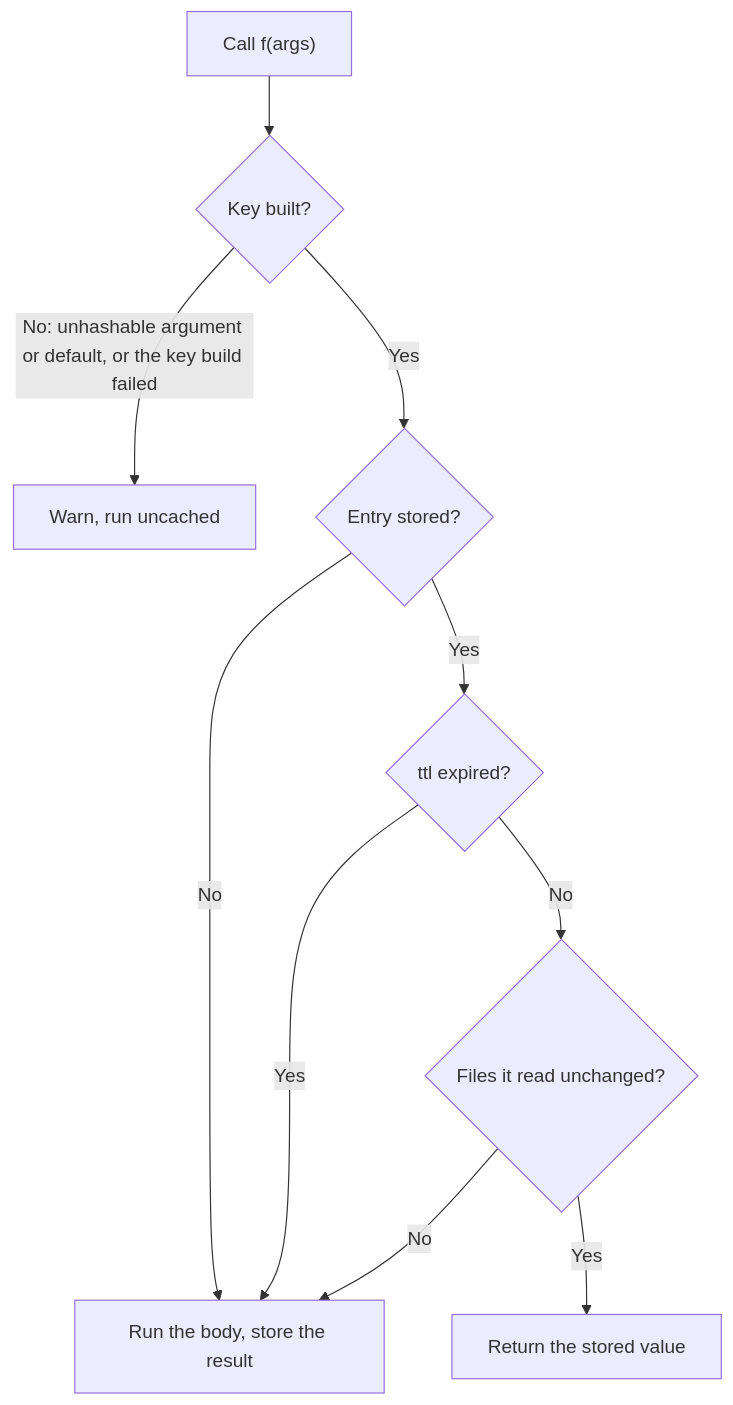
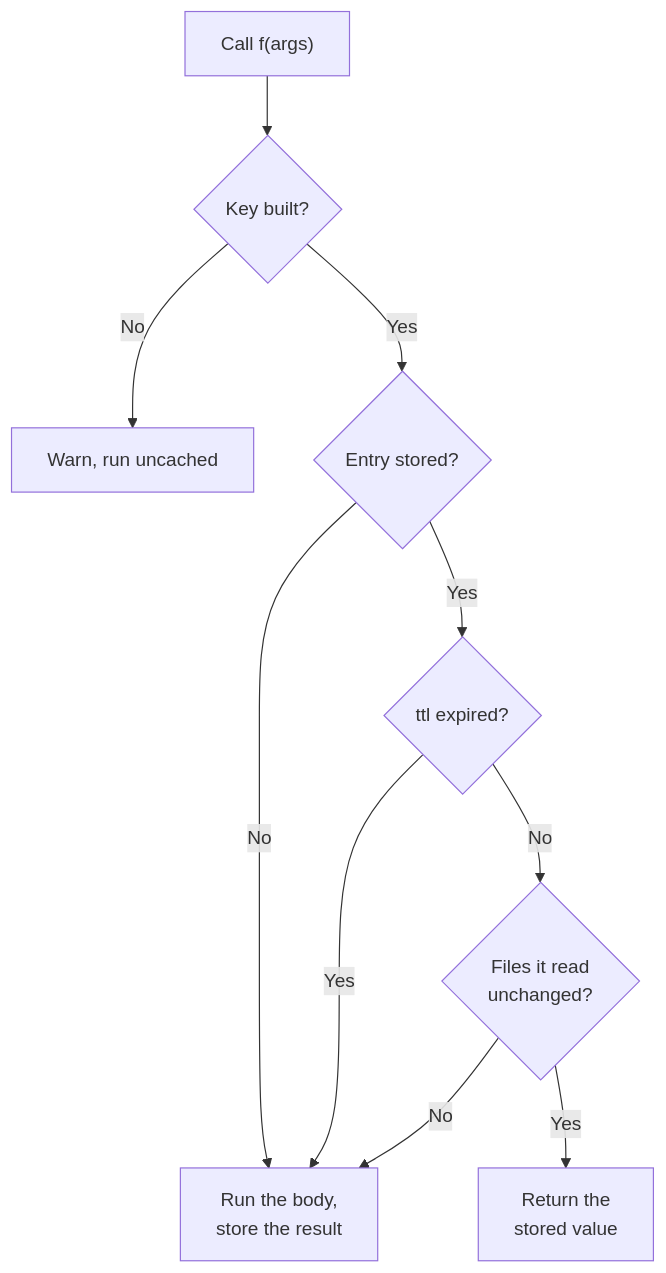
One commit to galgtonold/cash changed the diagram in docs/how-it-works/decorator-path.md. Above: the diagram before and after it, drawn with Mermaid. The commit also changed other lines of this file and 3 other files, not shown here.

First line of the commit message:
docs: redraw the How it works diagrams to stay readable on a phone

````diff
--- a/docs/how-it-works/decorator-path.md
+++ b/docs/how-it-works/decorator-path.md
@@ -8,12 +8,12 @@
 ```mermaid
 flowchart TD
     A["Call f(args)"] --> B{"Key built?"}
-    B -->|"No: unhashable argument or default, or the key build failed"| W["Warn, run uncached"]
+    B -->|No| W["Warn, run uncached"]
     B -->|Yes| C{"Entry stored?"}
-    C -->|No| D["Run the body, store the result"]
+    C -->|No| D["Run the body,<br/>store the result"]
     C -->|Yes| E{"ttl expired?"}
     E -->|Yes| D
-    E -->|No| F{"Files it read unchanged?"}
+    E -->|No| F{"Files it read<br/>unchanged?"}
     F -->|No| D
-    F -->|Yes| G["Return the stored value"]
+    F -->|Yes| G["Return the<br/>stored value"]
 ```
````
